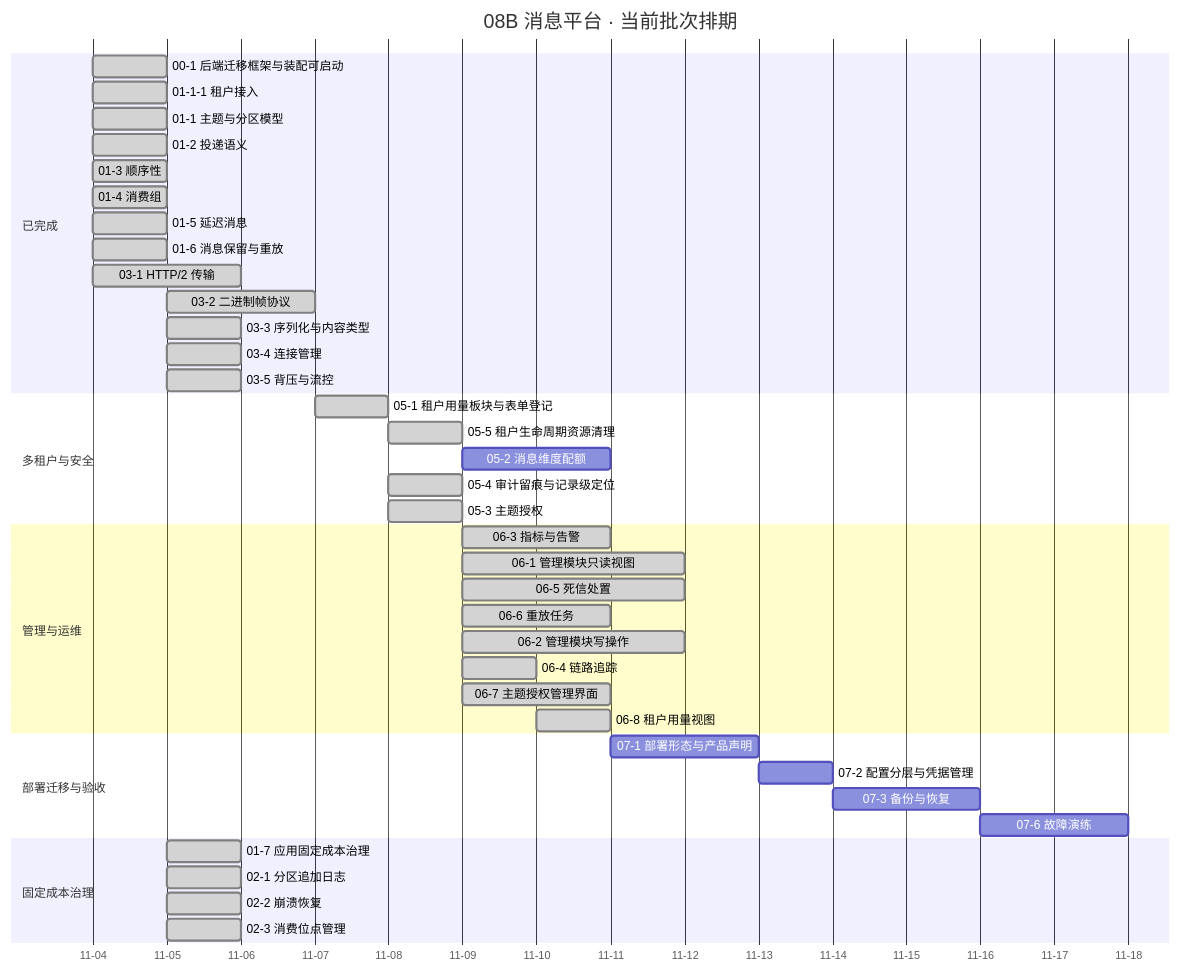
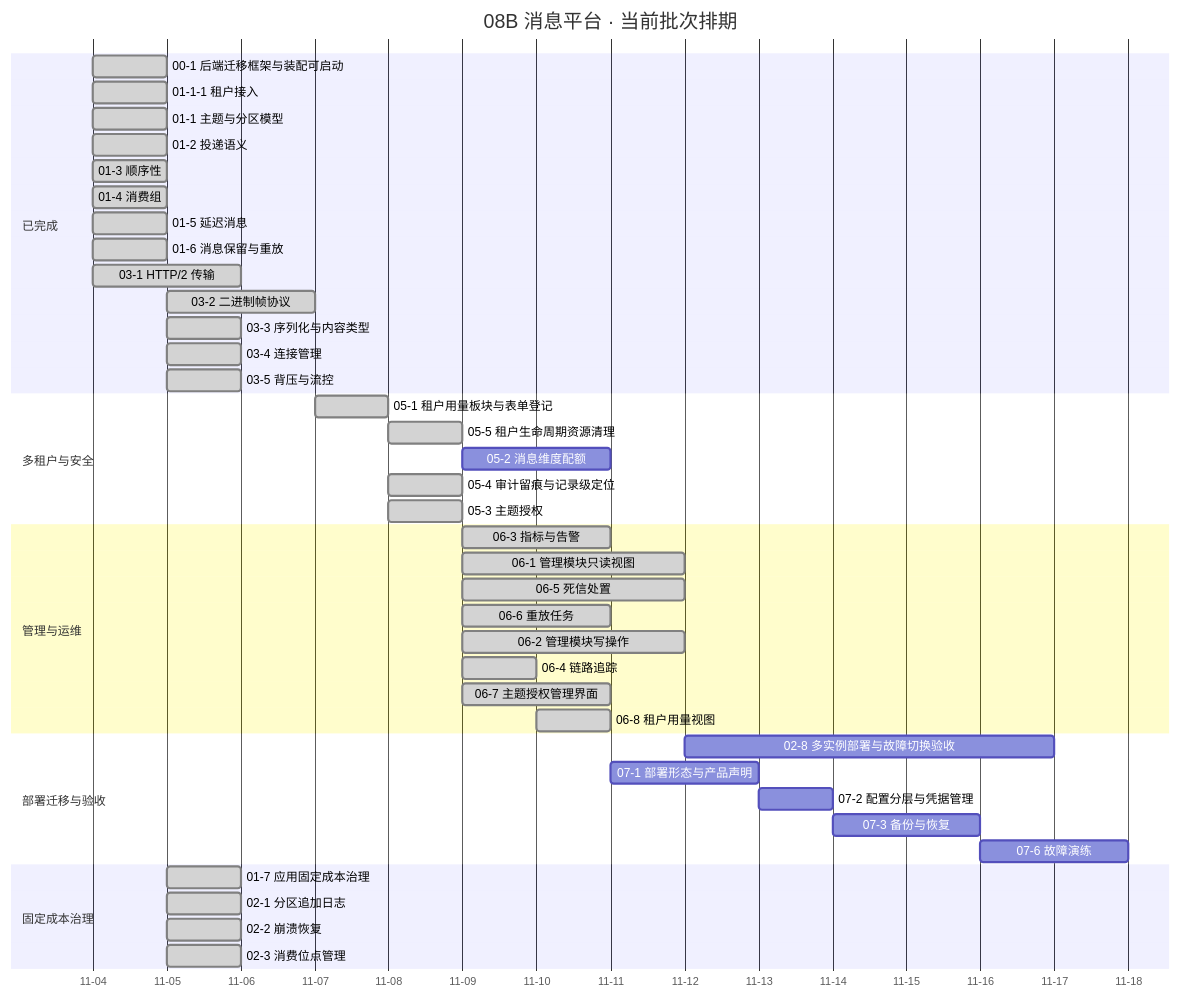
Before and after one commit to minjian123/message-platform: the diagram in msg文档/项目/08B_消息平台/计划/01_计划_消息平台.md, drawn with Mermaid. The commit also changed other lines of this file and 85 other files, not shown here.

````diff
--- a/msg文档/项目/08B_消息平台/计划/01_计划_消息平台.md
+++ b/msg文档/项目/08B_消息平台/计划/01_计划_消息平台.md
@@ -122,46 +122,47 @@
 ```mermaid
 gantt
     title 08B 消息平台 · 当前批次排期
-    %% 任务域 02：02-7 已交付（2026-11-05）、02-4 / 02-5 已交付（2026-11-11，单日窗口不入甘特）、02-8 搁置（待 8B_05）；任务域 04：04-1 ~ 04-7 全部已交付不入甘特；任务域 06：06-1 ~ 06-8 全部已交付（2026-11-09 ~ 11-10），不再留在待排区间；任务域 01：01-8（8B_04）已交付（2026-11-11），不再留在待排区间；任务域 07：07-1/2/3/6 入甘特，07-4-1 / 07-4-2 均已交付（2026-11-10）不入甘特，07-8（待 02-8）/ 07-9（待 07-8）/ 07-5（待 07-9）/ 07-7（待 07-8/07-9/07-5）均搁置不入甘特
+    %% 任务域 02：02-7 已交付（2026-11-05）、02-4 / 02-5 已交付（2026-11-11，单日窗口不入甘特）、02-8 进行中（2026-11-12 ~ 11-16）；任务域 04：04-1 ~ 04-7 全部已交付不入甘特；任务域 06：06-1 ~ 06-8 全部已交付（2026-11-09 ~ 11-10），不再留在待排区间；任务域 01：01-8（8B_04）已交付（2026-11-11），不再留在待排区间；任务域 07：07-1/2/3/6 入甘特，07-4-1 / 07-4-2 均已交付（2026-11-10）不入甘特，07-8（待 02-8）/ 07-9（待 07-8）/ 07-5（待 07-9）/ 07-7（待 07-8/07-9/07-5）均搁置不入甘特
     dateFormat YYYY-MM-DD
     axisFormat %m-%d
     section 已完成
     00-1 后端迁移框架与装配可启动 :done, d001, 2026-11-04, 1d
     01-1-1 租户接入 :done, d0111, 2026-11-04, 1d
     01-1 主题与分区模型 :done, t011, 2026-11-04, 1d
     01-2 投递语义 :done, t012, 2026-11-04, 1d
     01-3 顺序性 :done, t013, 2026-11-04, 1d
     01-4 消费组 :done, t014, 2026-11-04, 1d
     01-5 延迟消息 :done, t015, 2026-11-04, 1d
     01-6 消息保留与重放 :done, t016, 2026-11-04, 1d
     03-1 HTTP/2 传输 :done, t031, 2026-11-04, 2d
     03-2 二进制帧协议 :done, t032, 2026-11-05, 2d
     03-3 序列化与内容类型 :done, t033, 2026-11-05, 1d
     03-4 连接管理 :done, t034, 2026-11-05, 1d
     03-5 背压与流控 :done, t035, 2026-11-05, 1d
     section 多租户与安全
     05-1 租户用量板块与表单登记 :done, t051, 2026-11-07, 1d
     05-5 租户生命周期资源清理 :done, t055, 2026-11-08, 1d
     05-2 消息维度配额 :t052, after t055, 2d
     05-4 审计留痕与记录级定位 :done, t054, 2026-11-08, 1d
     05-3 主题授权 :done, t053, 2026-11-08, 1d
     section 管理与运维
     06-3 指标与告警 :done, t063, 2026-11-09, 2d
     06-1 管理模块只读视图 :done, t061, 2026-11-09, 3d
     06-5 死信处置 :done, t065, 2026-11-09, 3d
     06-6 重放任务 :done, t066, 2026-11-09, 2d
     06-2 管理模块写操作 :done, t062, 2026-11-09, 3d
     06-4 链路追踪 :done, t064, 2026-11-09, 1d
     06-7 主题授权管理界面 :done, t067, 2026-11-09, 2d
     06-8 租户用量视图 :done, t068, 2026-11-10, 1d
     section 部署迁移与验收
+    02-8 多实例部署与故障切换验收 :t028, 2026-11-12, 5d
     07-1 部署形态与产品声明 :t071, 2026-11-11, 2d
     07-2 配置分层与凭据管理 :t072, 2026-11-13, 1d
     07-3 备份与恢复 :t073, 2026-11-14, 2d
     07-6 故障演练 :t076, 2026-11-16, 2d
     section 固定成本治理
     01-7 应用固定成本治理 :done, t017, 2026-11-05, 1d
     02-1 分区追加日志 :done, t021, 2026-11-05, 1d
     02-2 崩溃恢复 :done, t022, 2026-11-05, 1d
     02-3 消费位点管理 :done, t023, 2026-11-05, 1d
 ```
````
